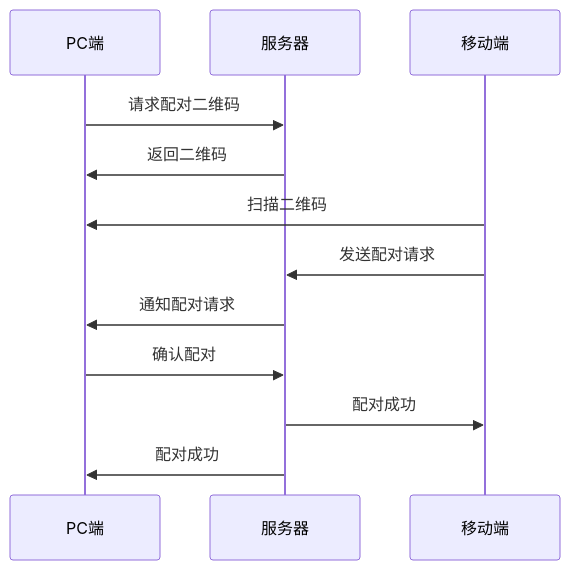
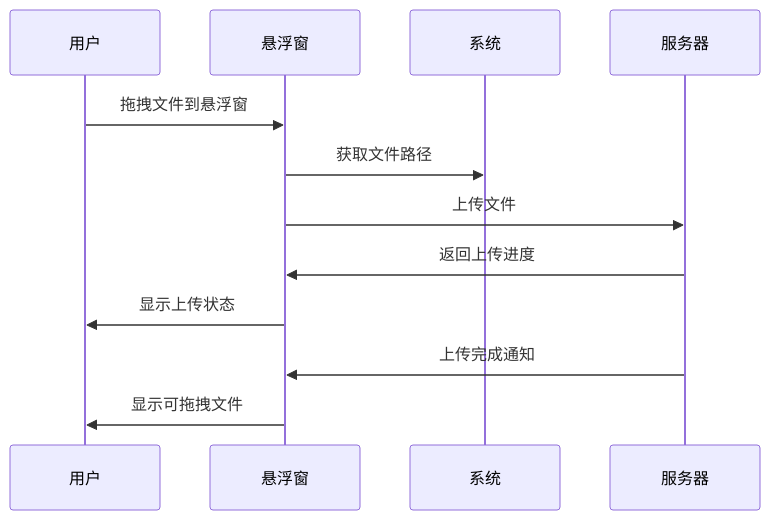
The first of 4 diagrams in docs/design.md (zengyi-thinking/Photo-transfer-software-for-PC-and-mobile), drawn with Mermaid before and after one commit. The commit also changed other lines of this file and 18 other files, not shown here.

````diff
--- a/docs/design.md
+++ b/docs/design.md
@@ -132,15 +163,15 @@
 ```mermaid
 sequenceDiagram
-    participant PC as PC端
+    participant User as 用户
+    participant Float as 悬浮窗
+    participant System as 系统
     participant Server as 服务器
-    participant Mobile as 移动端
-    
-    PC->>Server: 请求配对二维码
-    Server->>PC: 返回二维码
-    Mobile->>PC: 扫描二维码
-    Mobile->>Server: 发送配对请求
-    Server->>PC: 通知配对请求
-    PC->>Server: 确认配对
-    Server->>Mobile: 配对成功
-    Server->>PC: 配对成功
+
+    User->>Float: 拖拽文件到悬浮窗
+    Float->>System: 获取文件路径
+    Float->>Server: 上传文件
+    Server->>Float: 返回上传进度
+    Float->>User: 显示上传状态
+    Server->>Float: 上传完成通知
+    Float->>User: 显示可拖拽文件
 ```
````
